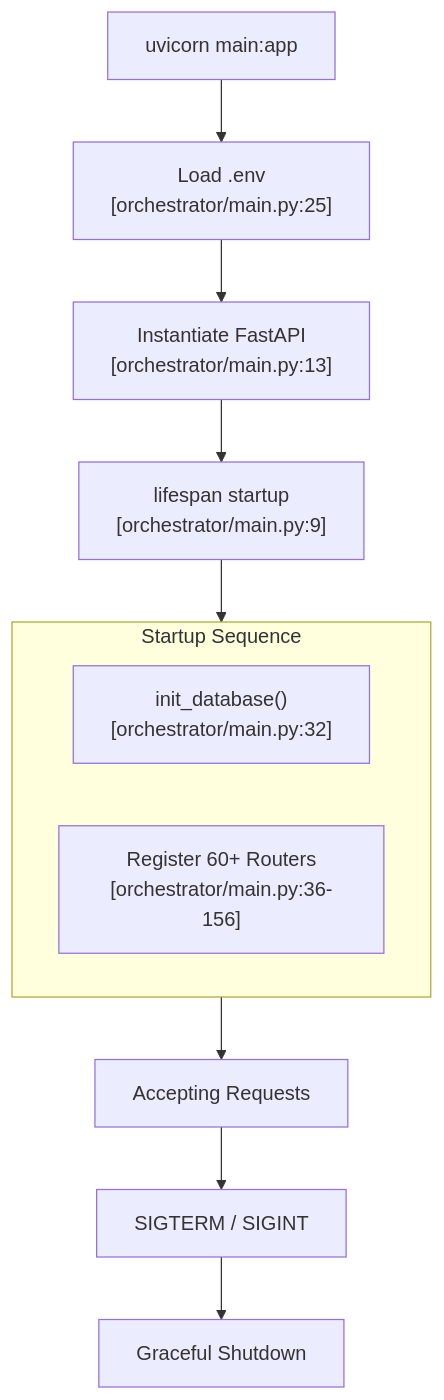
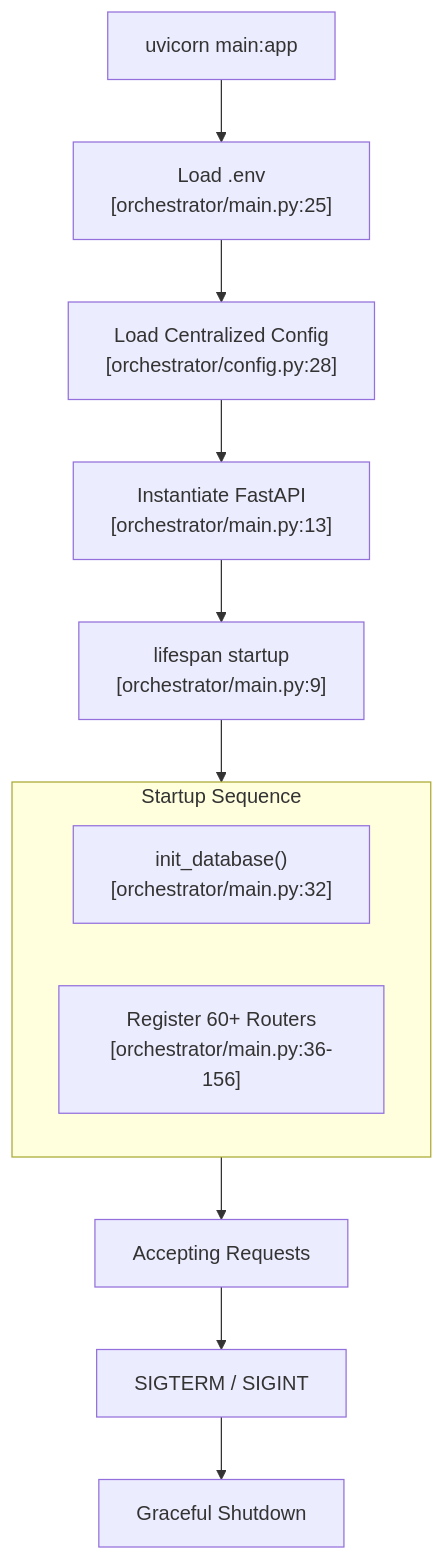
Before and after one commit to AutomatosAI/automatos-ai: the first of 3 diagrams in docs/backend-architecture/fastapi-application.md, drawn with Mermaid. The commit also changed other lines of this file and 153 other files, not shown here.

````diff
--- a/docs/backend-architecture/fastapi-application.md
+++ b/docs/backend-architecture/fastapi-application.md
@@ -69,17 +44,18 @@
 ```mermaid
 flowchart TD
     Start["uvicorn main:app"] --> LoadEnv["Load .env<br/>[orchestrator/main.py:25]"]
-    LoadEnv --> CreateApp["Instantiate FastAPI<br/>[orchestrator/main.py:13]"]
+    LoadEnv --> Config["Load Centralized Config<br/>[orchestrator/config.py:28]"]
+    Config --> CreateApp["Instantiate FastAPI<br/>[orchestrator/main.py:13]"]
     CreateApp --> LifespanStart["lifespan startup<br/>[orchestrator/main.py:9]"]
     
     subgraph Startup_Sequence ["Startup Sequence"]
         InitDB["init_database()<br/>[orchestrator/main.py:32]"]
         RouterReg["Register 60+ Routers<br/>[orchestrator/main.py:36-156]"]
     end
     
     LifespanStart --> Startup_Sequence
     Startup_Sequence --> Ready["Accepting Requests"]
     
     Ready --> Shutdown["SIGTERM / SIGINT"]
     Shutdown --> Cleanup["Graceful Shutdown"]
 ```
````
